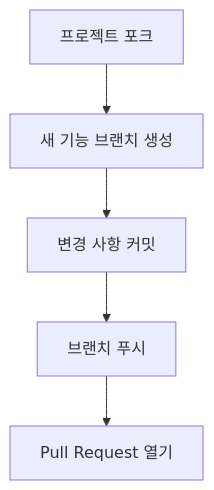
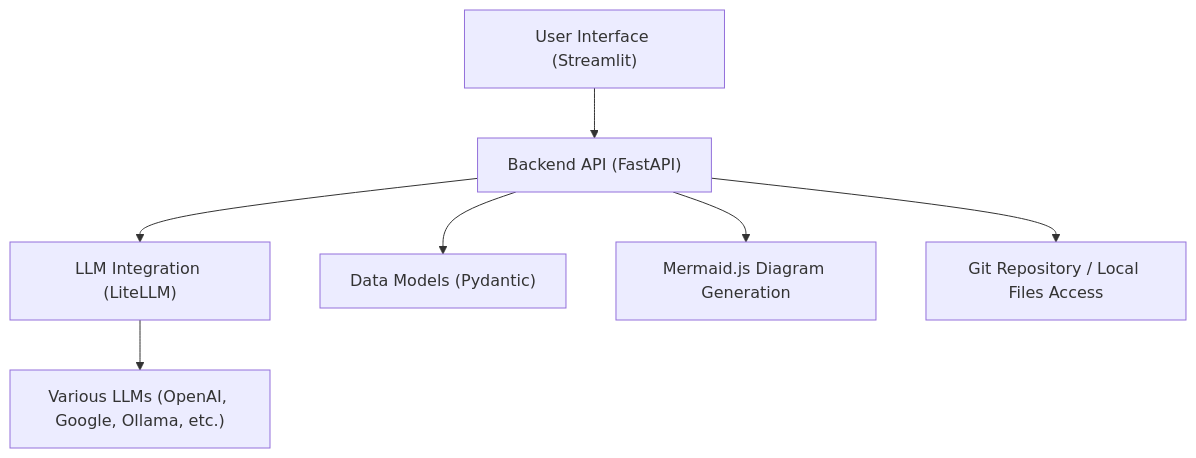
Before and after one commit to catuscio/wiki-as-readme: diagram 19 of 19 in examples/wiki_as_README.md, drawn with Mermaid. The commit also changed other lines of this file, not shown here.

````diff
--- a/examples/wiki_as_README.md
+++ b/examples/wiki_as_README.md
@@ -2242,7 +1961,9 @@
 ```mermaid
 graph TD
-    A["프로젝트 포크"] --> B["새 기능 브랜치 생성"];
-    B --> C["변경 사항 커밋"];
-    C --> D["브랜치 푸시"];
-    D --> E["Pull Request 열기"];
+    A["User Interface (Streamlit)"] --> B["Backend API (FastAPI)"]
+    B --> C["LLM Integration (LiteLLM)"]
+    C --> D["Various LLMs (OpenAI, Google, Ollama, etc.)"]
+    B --> E["Data Models (Pydantic)"]
+    B --> F["Mermaid.js Diagram Generation"]
+    B --> G["Git Repository / Local Files Access"]
 ```
````
